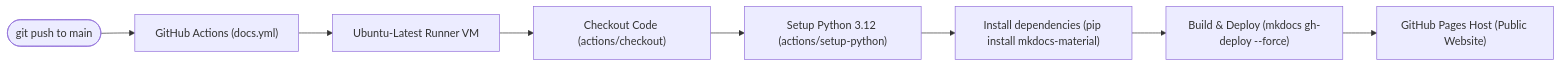
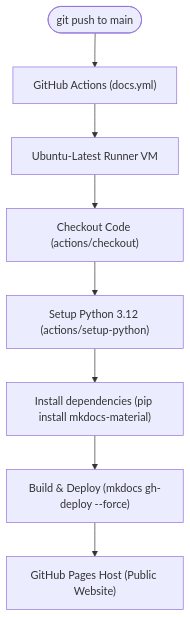
One commit to Group-6-Cloud-Computing-SS2026/Threat-Detection-System changed the second of 2 diagrams in docs/docs/tasks/task-10-documentation.md. Above: the diagram before and after it, drawn with Mermaid. The commit also changed 1 other file, not shown here.

Commit message:
chore: change diagrams to TD (top-down) layouts to prevent horizontal scaling shrinkage

````diff
--- a/docs/docs/tasks/task-10-documentation.md
+++ b/docs/docs/tasks/task-10-documentation.md
@@ -34,10 +34,10 @@
 ```mermaid
-graph LR
+graph TD
     Push([git push to main]) --> Trigger["GitHub Actions (docs.yml)"]
     Trigger --> VM["Ubuntu-Latest Runner VM"]
     VM --> Checkout["Checkout Code (actions/checkout)"]
     Checkout --> Python["Setup Python 3.12 (actions/setup-python)"]
     Python --> Deps["Install dependencies (pip install mkdocs-material)"]
     Deps --> Deploy["Build & Deploy (mkdocs gh-deploy --force)"]
     Deploy --> Pages["GitHub Pages Host (Public Website)"]
 ```
````
